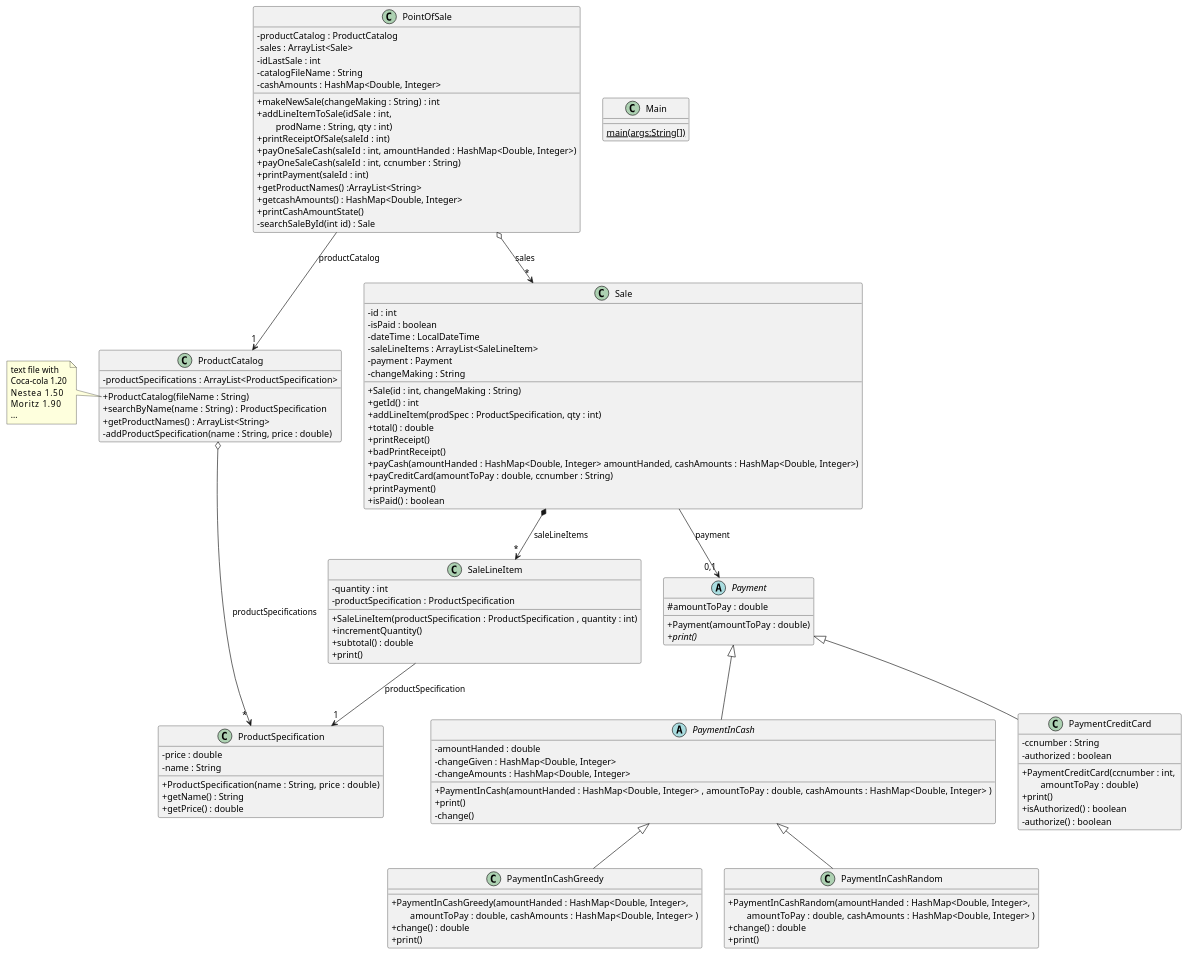
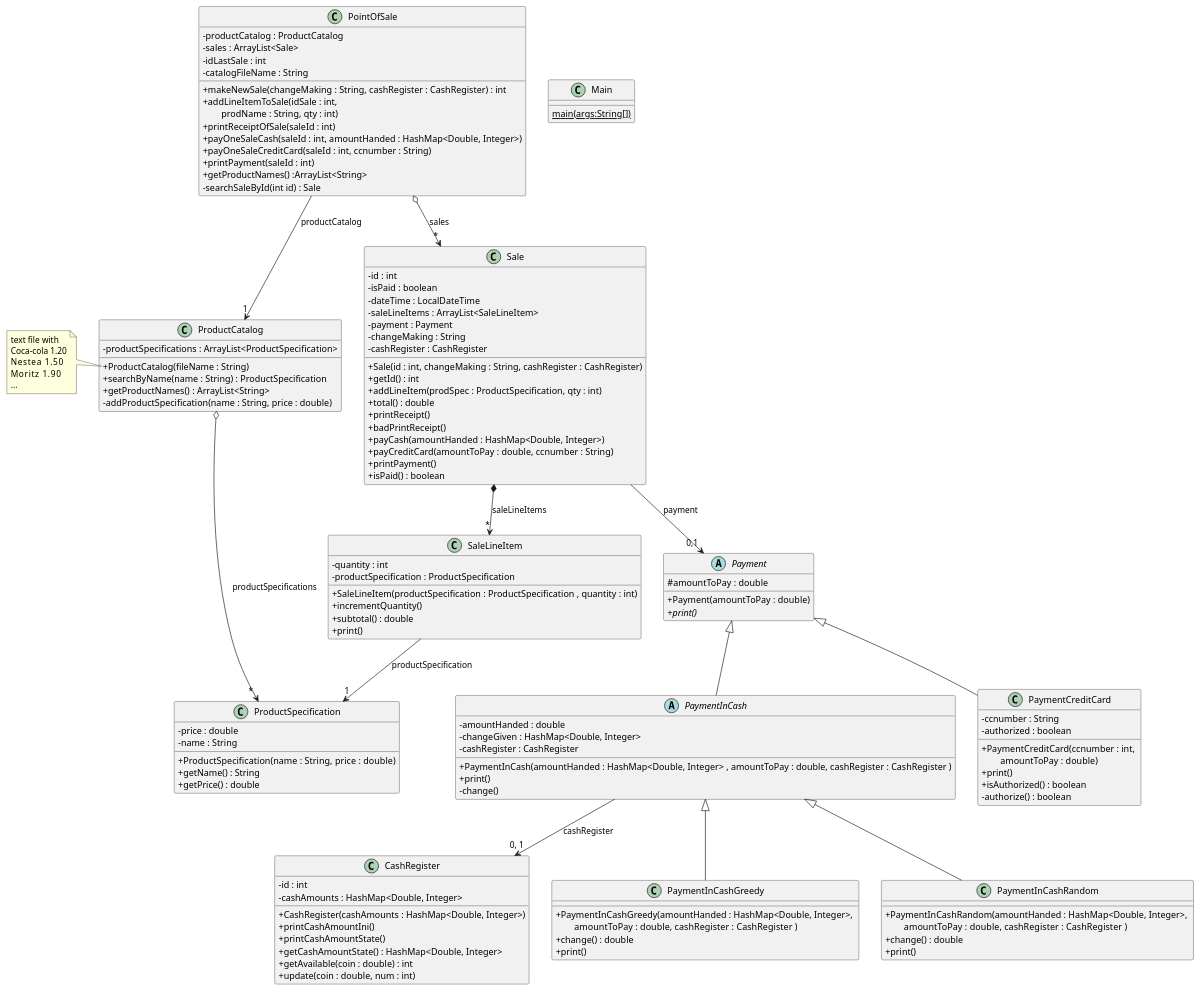
Before and after one commit to NIU1667454/DS: the diagram in PointOfSale-master/src/pos_creditcard/pos_final_cc.puml, drawn with PlantUML. The commit also changed 7 other files, not shown here.

Commit message:
Pendiente de revisar (nueva clase cashRegister)

```diff
--- a/PointOfSale-master/src/pos_creditcard/pos_final_cc.puml
+++ b/PointOfSale-master/src/pos_creditcard/pos_final_cc.puml
@@ -1,126 +1,136 @@
 @startuml
 'https://plantuml.com/class-diagram
 skinparam classAttributeIconSize 0
 
 class Main {
 {static} main(args:String[])
 }
 
 class PointOfSale {
 - productCatalog : ProductCatalog
 - sales : ArrayList<Sale>
 - idLastSale : int
 - catalogFileName : String
-- cashAmounts : HashMap<Double, Integer>
 
-+ makeNewSale(changeMaking : String) : int
++ makeNewSale(changeMaking : String, cashRegister : CashRegister) : int
 + addLineItemToSale(idSale : int, \n\tprodName : String, qty : int)
 + printReceiptOfSale(saleId : int)
 + payOneSaleCash(saleId : int, amountHanded : HashMap<Double, Integer>)
-+ payOneSaleCash(saleId : int, ccnumber : String)
++ payOneSaleCreditCard(saleId : int, ccnumber : String)
 + printPayment(saleId : int)
 + getProductNames() :ArrayList<String>
-+ getcashAmounts() : HashMap<Double, Integer>
-+ printCashAmountState()
 - searchSaleById(int id) : Sale
 }
 
 class ProductCatalog {
 - productSpecifications : ArrayList<ProductSpecification>
 + ProductCatalog(fileName : String)
 + searchByName(name : String) : ProductSpecification
 + getProductNames() : ArrayList<String>
 - addProductSpecification(name : String, price : double)
 }
 
 note left of ProductCatalog::ProductCatalog {
 text file with
 Coca-cola 1.20
 Nestea    1.50
 Moritz    1.90
 ...
 }
 
 class ProductSpecification {
 - price : double
 - name : String
 + ProductSpecification(name : String,  price : double)
 + getName() : String
 + getPrice() : double
 }
 
 class Sale {
 - id : int
 -isPaid : boolean
 - dateTime : LocalDateTime
 - saleLineItems : ArrayList<SaleLineItem>
 - payment : Payment
 - changeMaking : String
-+ Sale(id : int, changeMaking : String)
+- cashRegister : CashRegister
++ Sale(id : int, changeMaking : String, cashRegister : CashRegister)
 + getId() : int
 + addLineItem(prodSpec : ProductSpecification, qty : int)
 + total() : double
 + printReceipt()
 + badPrintReceipt()
-+ payCash(amountHanded : HashMap<Double, Integer> amountHanded, cashAmounts : HashMap<Double, Integer>)
++ payCash(amountHanded : HashMap<Double, Integer>)
 + payCreditCard(amountToPay : double, ccnumber : String)
 + printPayment()
 + isPaid() : boolean
 }
 
 class SaleLineItem {
 - quantity : int
 -productSpecification : ProductSpecification
 +SaleLineItem(productSpecification : ProductSpecification , quantity : int)
 + incrementQuantity()
 + subtotal() : double
 + print()
 }
 
 abstract class Payment {
   # amountToPay : double
   + Payment(amountToPay : double)
   + {abstract} print()
 }
+class CashRegister {
+- id : int
+- cashAmounts : HashMap<Double, Integer>
++ CashRegister(cashAmounts : HashMap<Double, Integer>)
++ printCashAmountIni()
++ printCashAmountState()
++ getCashAmountState() : HashMap<Double, Integer>
++ getAvailable(coin : double) : int
++ update(coin : double, num : int)
+}
+
+PaymentInCash --> "0, 1" CashRegister : cashRegister
 
 abstract PaymentInCash extends Payment {
   - amountHanded : double
   - changeGiven : HashMap<Double, Integer>
-  - changeAmounts : HashMap<Double, Integer>
-  + PaymentInCash(amountHanded : HashMap<Double, Integer> , amountToPay : double, cashAmounts : HashMap<Double, Integer> )
+  - cashRegister : CashRegister
+  + PaymentInCash(amountHanded : HashMap<Double, Integer> , amountToPay : double, cashRegister : CashRegister )
   + print()
   - change()
 }
 
 Sale --> "0,1" Payment : payment
 
 class PaymentInCashGreedy extends PaymentInCash
 {
-    + PaymentInCashGreedy(amountHanded : HashMap<Double, Integer>, \n\tamountToPay :  double, cashAmounts : HashMap<Double, Integer> )
+    + PaymentInCashGreedy(amountHanded : HashMap<Double, Integer>, \n\tamountToPay :  double, cashRegister : CashRegister )
     + change() : double
     + print()
 }
 
 class PaymentInCashRandom extends PaymentInCash
 {
-    + PaymentInCashRandom(amountHanded : HashMap<Double, Integer>, \n\tamountToPay :  double, cashAmounts : HashMap<Double, Integer> )
+    + PaymentInCashRandom(amountHanded : HashMap<Double, Integer>, \n\tamountToPay :  double, cashRegister : CashRegister )
     + change() : double
     + print()
 }
 
 class PaymentCreditCard extends Payment {
   - ccnumber : String
   - authorized : boolean  
   + PaymentCreditCard(ccnumber : int, \n\tamountToPay : double)
   + print()
   + isAuthorized() : boolean
   - authorize() : boolean
 }
 
 PointOfSale o--> "*" Sale : sales
 Sale *--> "*" SaleLineItem : saleLineItems
 SaleLineItem --> "1" ProductSpecification : productSpecification
 PointOfSale --> "1" ProductCatalog : productCatalog
 ProductCatalog o--> " * " ProductSpecification : productSpecifications
 
 @enduml
```
